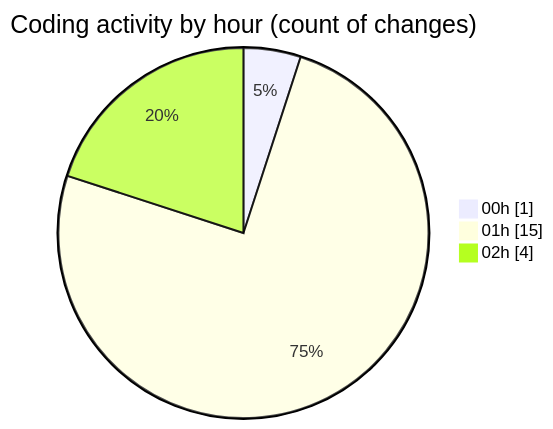
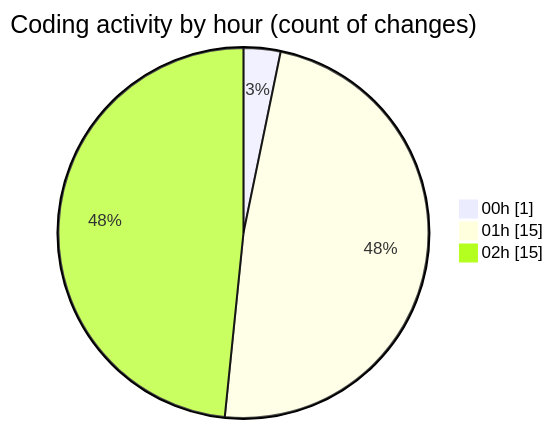
One commit to Elitesun/code-tracking changed the second of 2 diagrams in 2025-05-01/niten/README.md. Above: the diagram before and after it, drawn with Mermaid. The commit also changed other lines of this file and 1 other file, not shown here.

````diff
--- a/2025-05-01/niten/README.md
+++ b/2025-05-01/niten/README.md
@@ -35,7 +39,7 @@
 ```mermaid
 pie showData
 title Coding activity by hour (count of changes)
 "00h" : 1
 "01h" : 15
-"02h" : 4
+"02h" : 15
 ```
````
